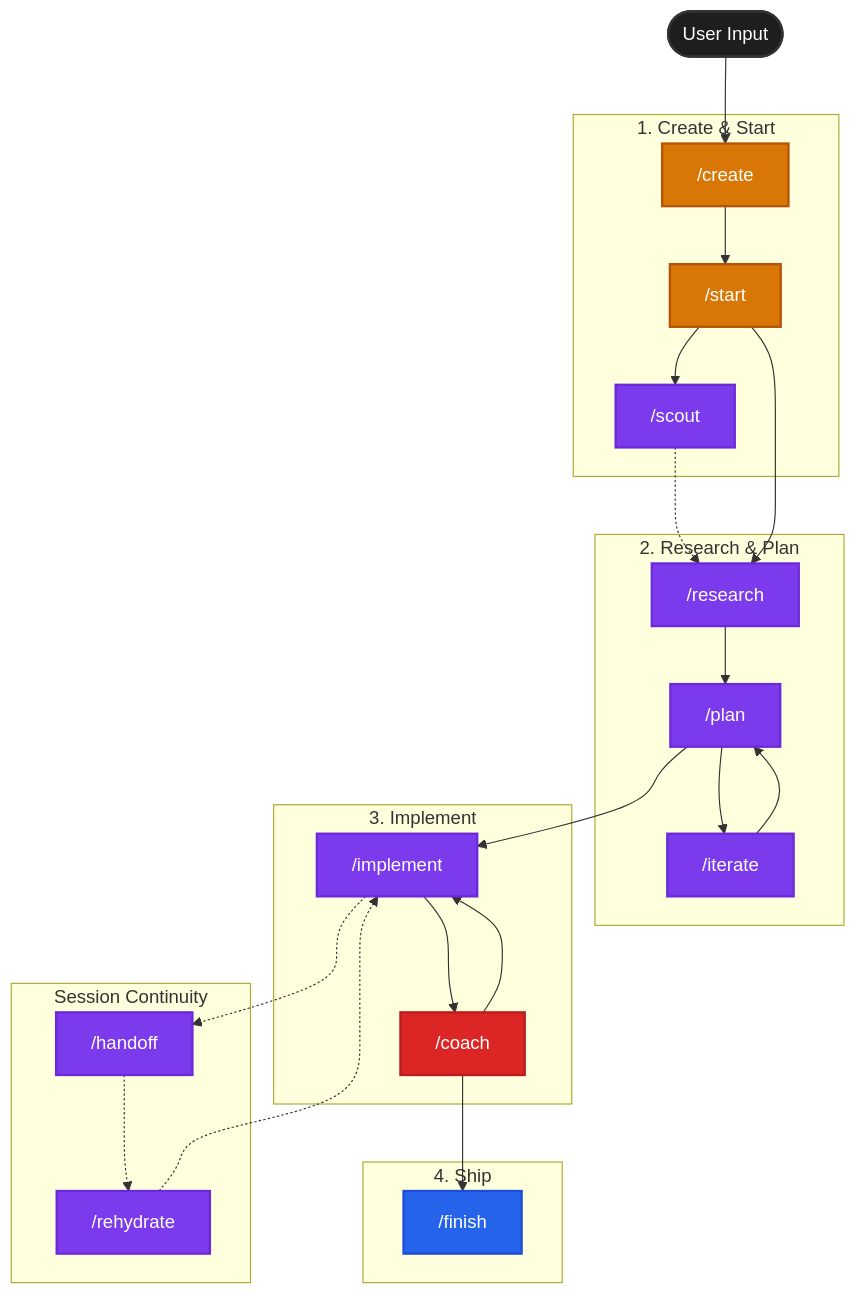
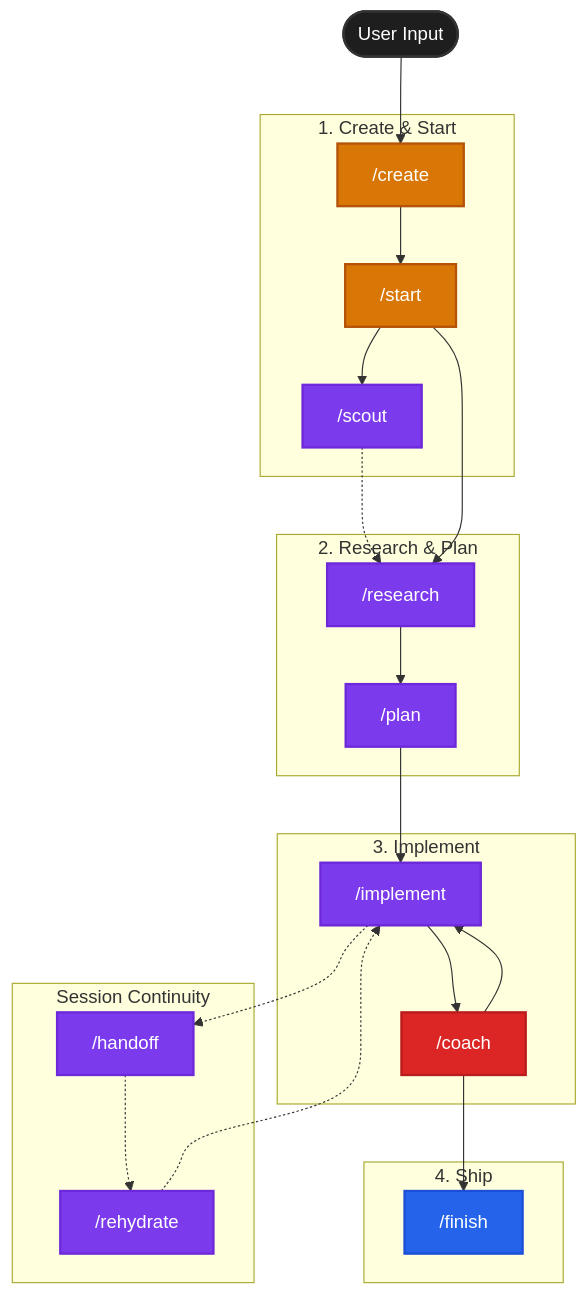
One commit to lleewwiiss/opencode-maestro changed the diagram in README.md. Above: the diagram before and after it, drawn with Mermaid. The commit also changed other lines of this file and 3 other files, not shown here.

First line of the commit message:
remove: /iterate command - iteration happens in /plan conversation

````diff
--- a/README.md
+++ b/README.md
@@ -45,51 +45,48 @@
 ```mermaid
 graph TD
     classDef default fill:#1e1e1e,stroke:#333,stroke-width:2px,color:#fff;
     classDef bead fill:#d97706,stroke:#b45309,stroke-width:2px,color:#fff;
     classDef git fill:#2563eb,stroke:#1d4ed8,stroke-width:2px,color:#fff;
     classDef agent fill:#7c3aed,stroke:#6d28d9,stroke-width:2px,color:#fff;
     classDef coach fill:#dc2626,stroke:#b91c1c,stroke-width:2px,color:#fff;
 
     New([User Input]) --> Create
     
     subgraph "1. Create & Start"
         Create["/create"]:::bead
         Start["/start"]:::bead
         Scout["/scout"]:::agent
     end
 
     subgraph "2. Research & Plan"
         Research["/research"]:::agent
         Plan["/plan"]:::agent
-        Iterate["/iterate"]:::agent
     end
 
     subgraph "3. Implement"
         Implement["/implement"]:::agent
         Coach["/coach"]:::coach
     end
     
     subgraph "4. Ship"
         Finish["/finish"]:::git
     end
 
     subgraph "Session Continuity"
         Handoff["/handoff"]:::agent
         Resume["/rehydrate"]:::agent
     end
 
     Create --> Start
     Start --> Scout
     Scout -.-> Research
     Start --> Research
     Research --> Plan
-    Plan --> Iterate
-    Iterate --> Plan
     Plan --> Implement
     Implement --> Coach
     Coach --> Implement
     Coach --> Finish
     Implement -.-> Handoff
     Handoff -.-> Resume
     Resume -.-> Implement
 ```
````
